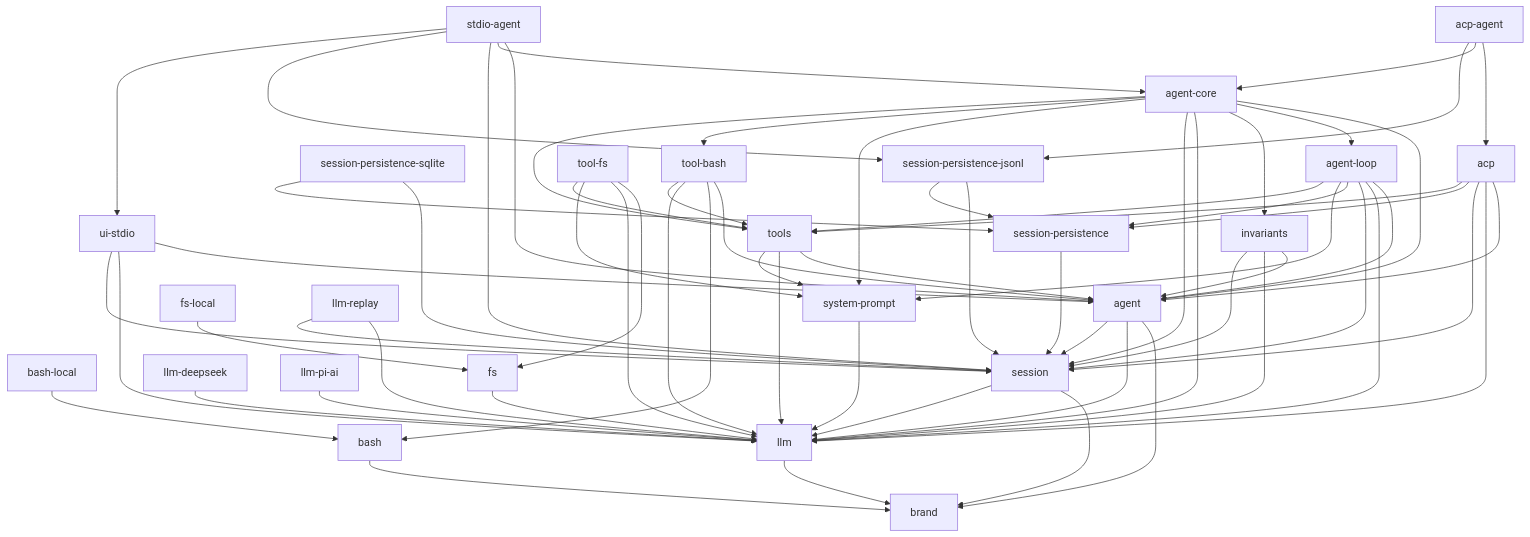
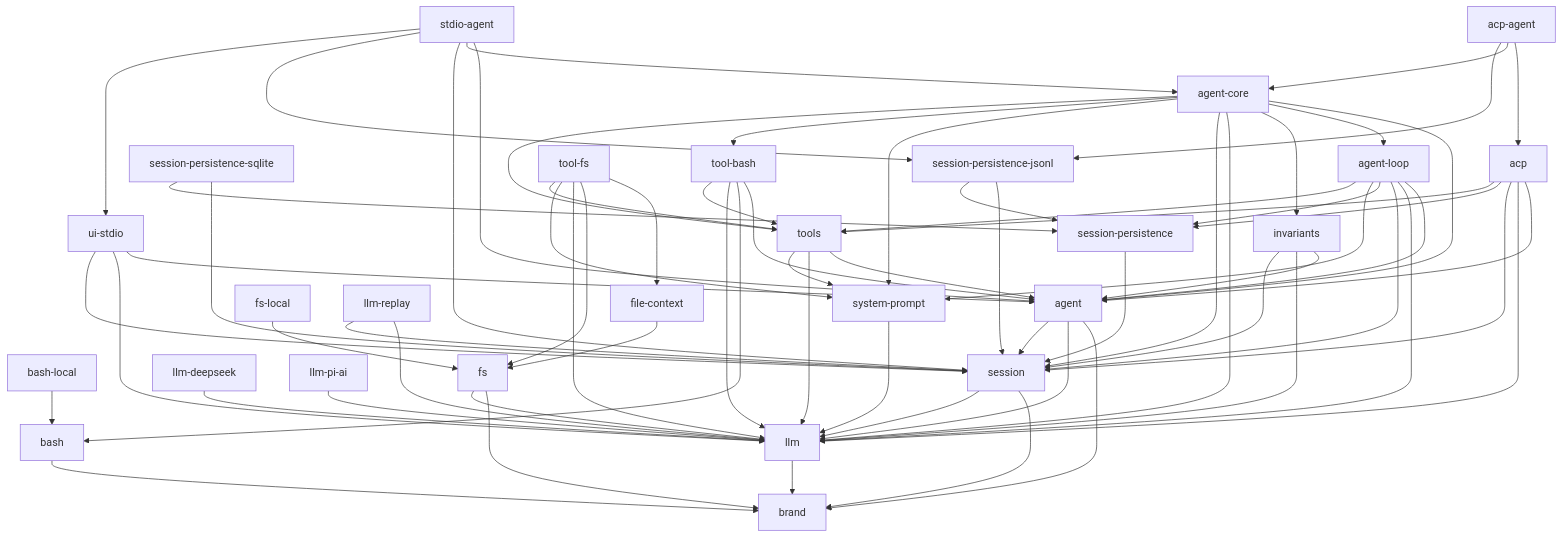
The diagram in docs/module-graph.md (007M7/DeepCode), drawn with Mermaid before and after one commit. The commit also changed other lines of this file and 39 other files, not shown here.

````diff
--- a/docs/module-graph.md
+++ b/docs/module-graph.md
@@ -8,67 +8,70 @@
 ```mermaid
 graph TD
   bash --> brand
   llm --> brand
   bash-local --> bash
+  fs --> brand
   fs --> llm
   llm-deepseek --> llm
   llm-pi-ai --> llm
   session --> brand
   session --> llm
   system-prompt --> llm
   agent --> brand
   agent --> llm
   agent --> session
+  file-context --> fs
   fs-local --> fs
   llm-replay --> llm
   llm-replay --> session
   session-persistence --> session
   invariants --> agent
   invariants --> llm
   invariants --> session
   session-persistence-jsonl --> session
   session-persistence-jsonl --> session-persistence
   session-persistence-sqlite --> session
   session-persistence-sqlite --> session-persistence
   tools --> agent
   tools --> llm
   tools --> system-prompt
   ui-stdio --> agent
   ui-stdio --> llm
   ui-stdio --> session
   acp --> agent
   acp --> llm
   acp --> session
   acp --> session-persistence
   acp --> tools
   agent-loop --> agent
   agent-loop --> llm
   agent-loop --> session
   agent-loop --> session-persistence
   agent-loop --> system-prompt
   agent-loop --> tools
   tool-bash --> agent
   tool-bash --> bash
   tool-bash --> llm
   tool-bash --> tools
+  tool-fs --> file-context
   tool-fs --> fs
   tool-fs --> llm
   tool-fs --> system-prompt
   tool-fs --> tools
   agent-core --> agent
   agent-core --> agent-loop
   agent-core --> invariants
   agent-core --> llm
   agent-core --> session
   agent-core --> system-prompt
   agent-core --> tool-bash
   agent-core --> tools
   acp-agent --> acp
   acp-agent --> agent-core
   acp-agent --> session-persistence-jsonl
   stdio-agent --> agent
   stdio-agent --> agent-core
   stdio-agent --> session
   stdio-agent --> session-persistence-jsonl
   stdio-agent --> ui-stdio
 ```
````
